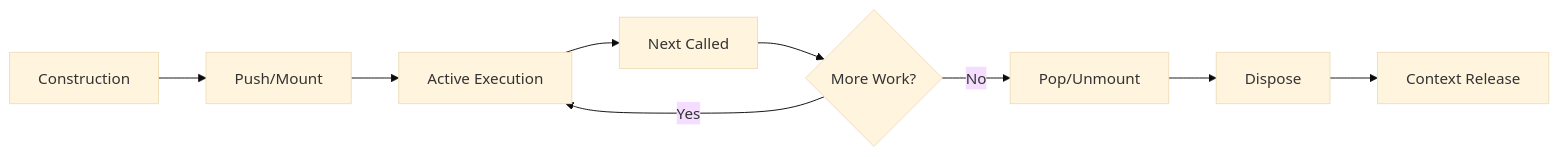
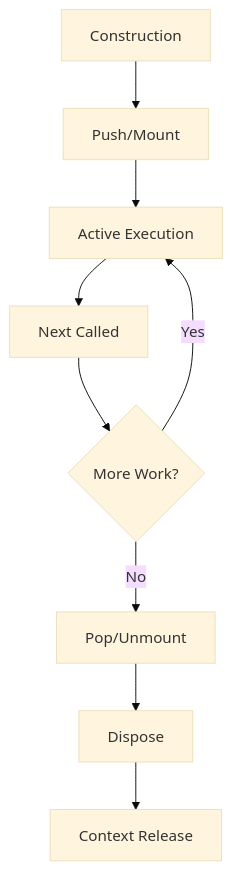
The diagram in docs/BEHAVIOR_OVERLAP_AND_RACE_CONDITIONS_ASSESSMENT.md (SergeiGolos/wod-wiki), drawn with Mermaid (base theme) before and after one commit. The commit also changed other lines of this file, not shown here.

````diff
--- a/docs/BEHAVIOR_OVERLAP_AND_RACE_CONDITIONS_ASSESSMENT.md
+++ b/docs/BEHAVIOR_OVERLAP_AND_RACE_CONDITIONS_ASSESSMENT.md
@@ -92,11 +92,11 @@
 ```mermaid
-graph LR
+graph TD
     A[Construction] --> B[Push/Mount]
     B --> C[Active Execution]
     C --> D[Next Called]
     D --> E{More Work?}
     E -->|Yes| C
     E -->|No| F[Pop/Unmount]
     F --> G[Dispose]
     G --> H[Context Release]
 ```
````
